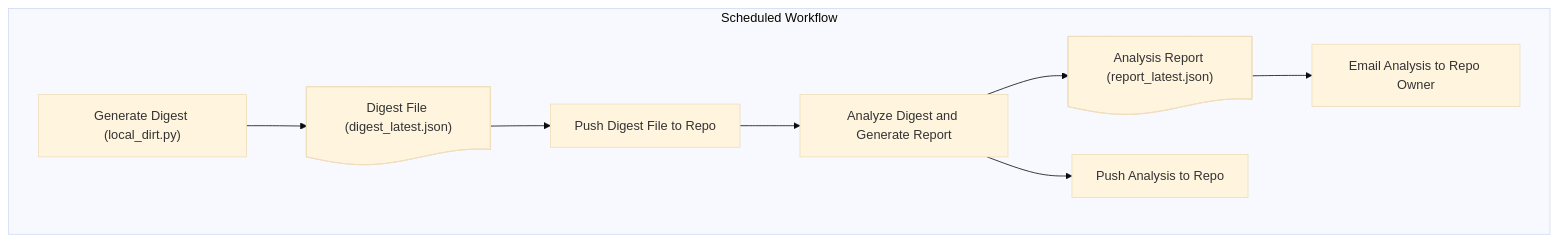
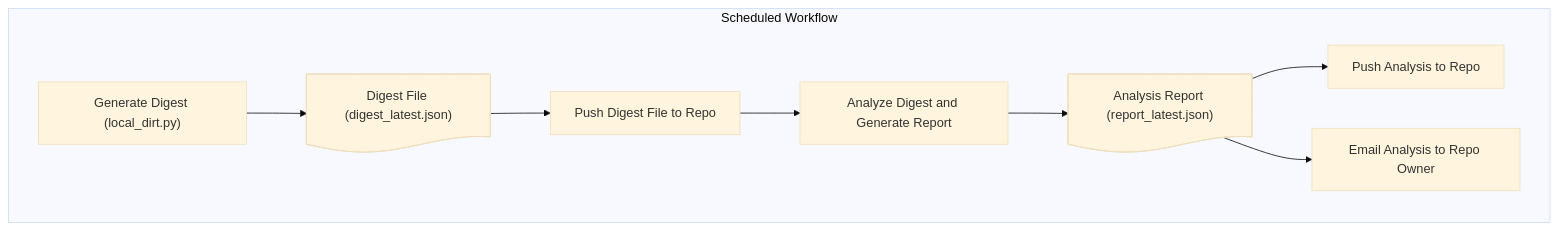
The diagram in README.md (hoosierjay/local-dirt), drawn with Mermaid (base theme) before and after one commit.

Commit message:
Fix step transition from Step6.1 to Step7.1

````diff
--- a/README.md
+++ b/README.md
@@ -30,18 +30,18 @@
 ```mermaid
 flowchart TD
   subgraph Scheduled Workflow
     Step4.1@{ shape: rect, label: "Generate Digest (local_dirt.py)" }
     Step4.2@{ shape: doc, label: "Digest File (digest_latest.json)" }
     Step5.1@{ shape: rect, label: "Push Digest File to Repo" }
     Step6.1@{ shape: rect, label: "Analyze Digest and Generate Report" }
     Step6.2@{ shape: doc, label: "Analysis Report (report_latest.json)" }
     Step7.1@{ shape: rect, label: "Push Analysis to Repo" }
     Step8.1@{ shape: rect, label: "Email Analysis to Repo Owner" }
   end
   Step4.1 --> Step4.2
   Step4.2 --> Step5.1
   Step5.1 --> Step6.1
   Step6.1 --> Step6.2
-  Step6.1 --> Step7.1
+  Step6.2 --> Step7.1
   Step6.2 --> Step8.1
 ```
````
